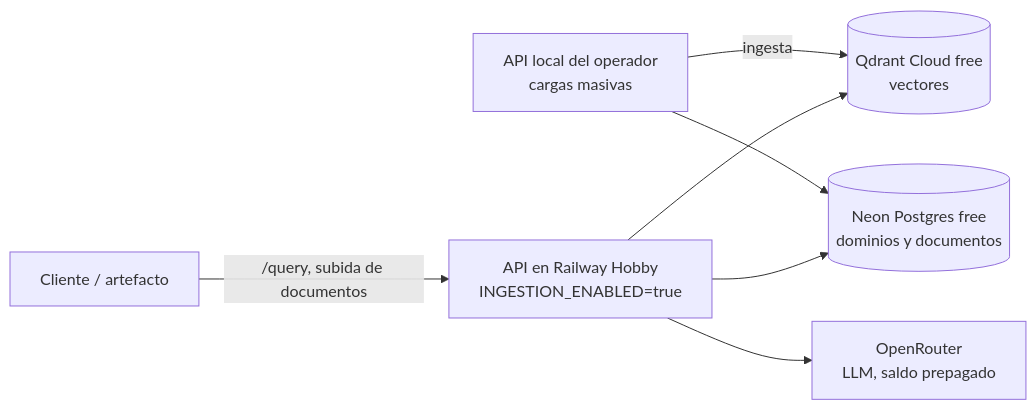
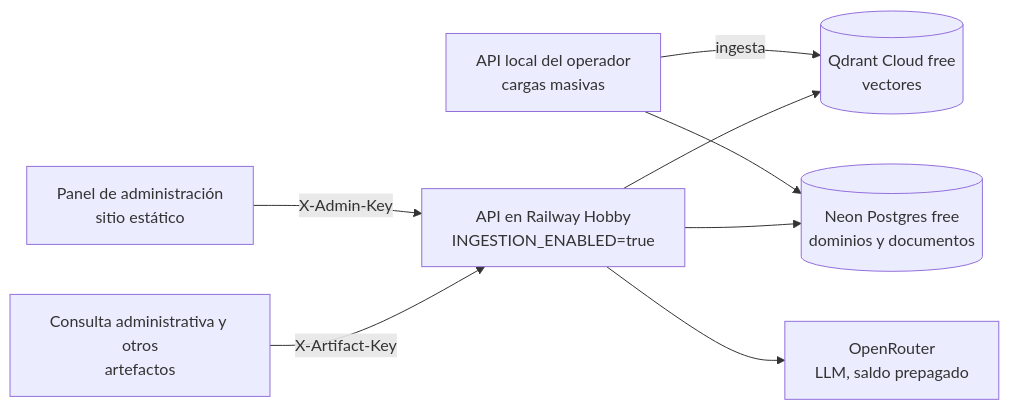
Before and after one commit to K-lobiTo/MIA: the diagram in docs/ARQUITECTURA.md, drawn with Mermaid. The commit also changed other lines of this file and 9 other files, not shown here.

First line of the commit message:
Fase 8 del panel de administración (cierre): documentación, rendimiento y checklist de puesta en producción

````diff
--- a/docs/ARQUITECTURA.md
+++ b/docs/ARQUITECTURA.md
@@ -82,9 +130,10 @@
 ```mermaid
 flowchart LR
-    U[Cliente / artefacto] -->|/query, subida de documentos| R[API en Railway Hobby<br/>INGESTION_ENABLED=true]
+    P[Panel de administración<br/>sitio estático] -->|X-Admin-Key| R
+    U[Consulta administrativa y otros<br/>artefactos] -->|X-Artifact-Key| R[API en Railway Hobby<br/>INGESTION_ENABLED=true]
     L[API local del operador<br/>cargas masivas] -->|ingesta| Q
     L --> N
     R --> Q[(Qdrant Cloud free<br/>vectores)]
     R --> N[(Neon Postgres free<br/>dominios y documentos)]
     R --> G[OpenRouter<br/>LLM, saldo prepagado]
 ```
````
